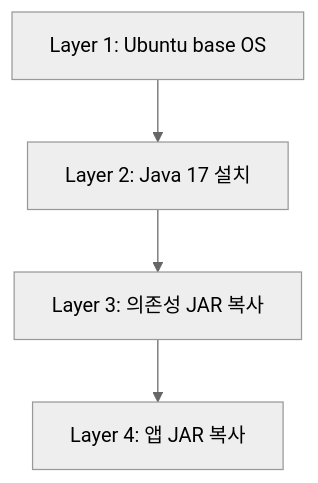
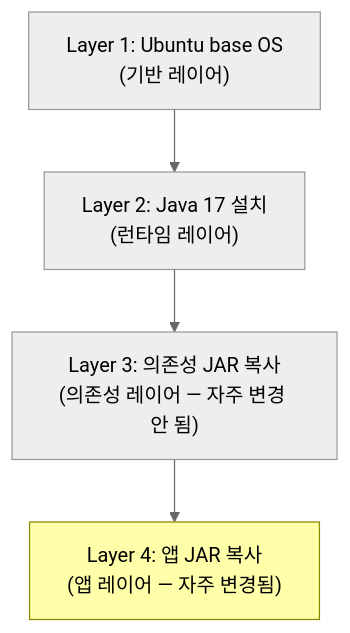
The second of 2 diagrams in _posts/cloud/2026-05-01-docker.md (yjkim2015/yjkim2015.github.io), drawn with Mermaid (neutral theme) before and after one commit. The commit also changed other lines of this file and 34 other files, not shown here.

First line of the commit message:
Full quality pass: 41 files — ASCII removed, 동작원리 보강, diagrams

```diff
--- a/_posts/cloud/2026-05-01-docker.md
+++ b/_posts/cloud/2026-05-01-docker.md
@@ -61,8 +60,9 @@
 <div class="mermaid">
 graph TD
-    L1[Layer 1: Ubuntu base OS]
-    L2[Layer 2: Java 17 설치]
-    L3[Layer 3: 의존성 JAR 복사]
-    L4[Layer 4: 앱 JAR 복사]
+    L1["Layer 1: Ubuntu base OS\n(기반 레이어)"]
+    L2["Layer 2: Java 17 설치\n(런타임 레이어)"]
+    L3["Layer 3: 의존성 JAR 복사\n(의존성 레이어 — 자주 변경 안 됨)"]
+    L4["Layer 4: 앱 JAR 복사\n(앱 레이어 — 자주 변경됨)"]
     L1 --> L2 --> L3 --> L4
+    style L4 fill:#ffa,stroke:#880,color:#000
 </div>
```
